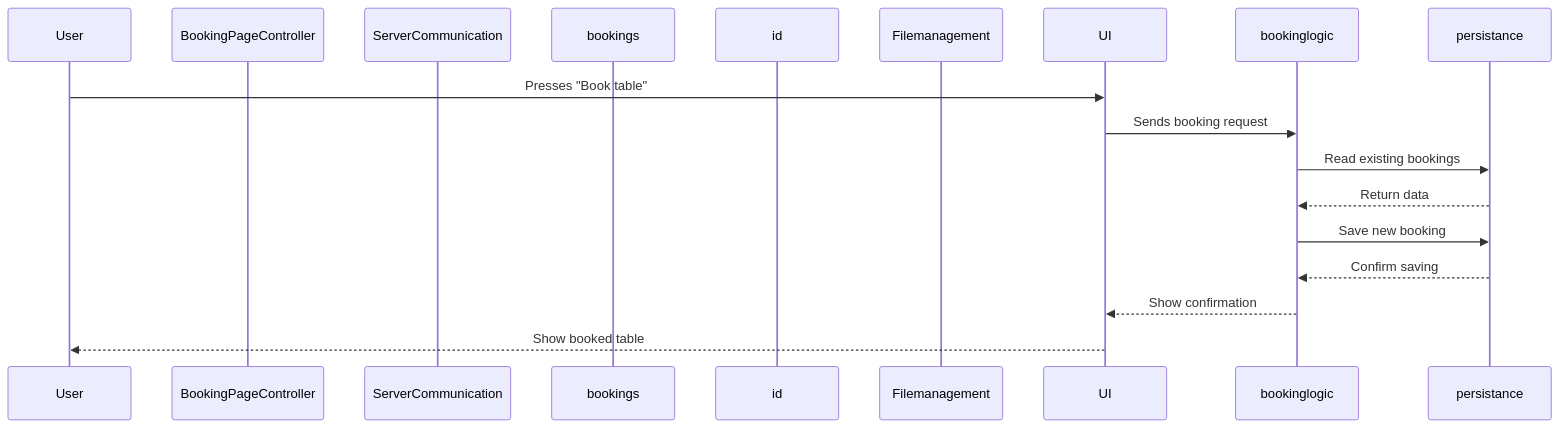
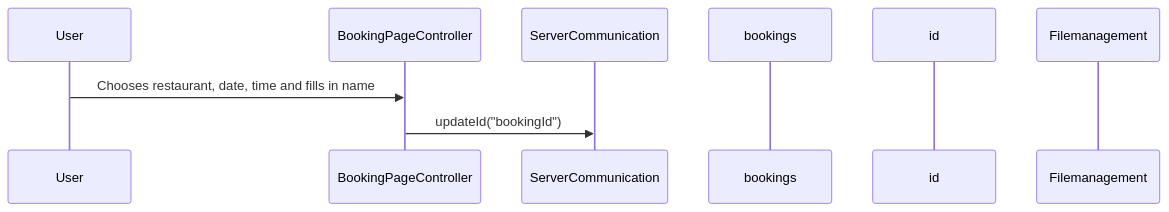
One commit to marsun02/IT1901_Booking_Manager changed the diagram in Sequence-diagram.md. Above: the diagram before and after it, drawn with Mermaid.

Commit message:
docs: :memo: Added first steps from User to  ServerCommunication#197

````diff
--- a/Sequence-diagram.md
+++ b/Sequence-diagram.md
@@ -1,20 +1,13 @@
 ```mermaid 
 
 sequenceDiagram
     participant User
     participant BookingPageController
     participant ServerCommunication
     participant bookings
     participant id
     participant Filemanagement
 
-    User->>UI: Presses "Book table"
-    UI->>bookinglogic: Sends booking request
-    bookinglogic->>persistance: Read existing bookings
-    persistance-->>bookinglogic: Return data
-    bookinglogic->>persistance: Save new booking
-    persistance-->>bookinglogic: Confirm saving
-    bookinglogic-->>UI: Show confirmation
-    UI-->>User: Show booked table
-
+    User->>BookingPageController: Chooses restaurant, date, time and fills in name
+    BookingPageController->>ServerCommunication: updateId("bookingId")
 ```
````
